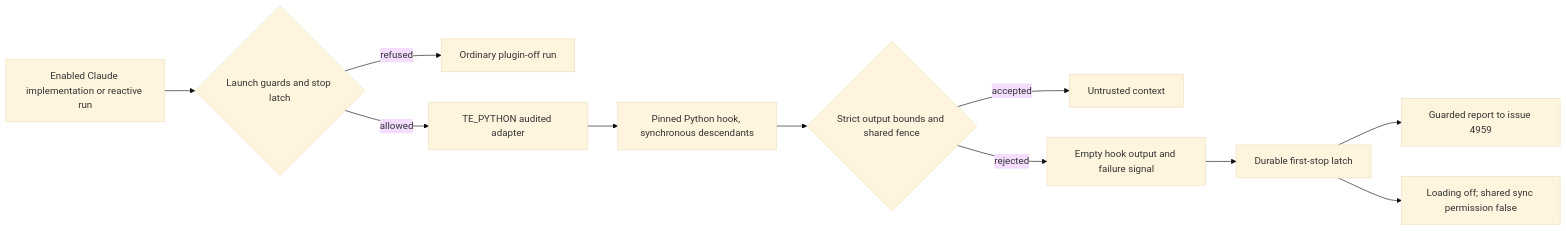
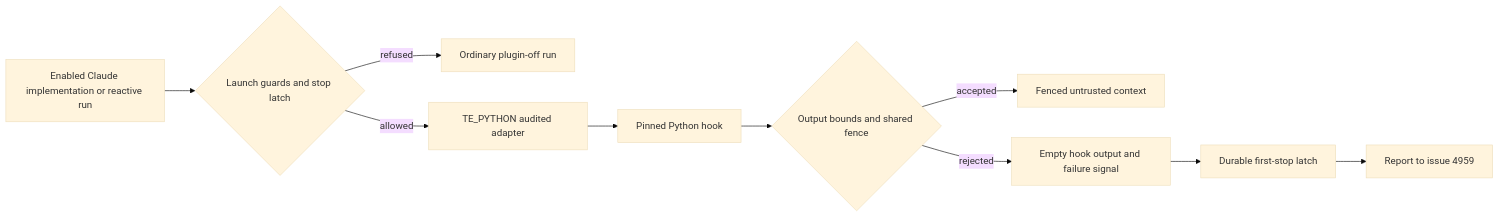
One commit to stSoftwareAU/VibeCoder changed the diagram in docs/archive/pr-summaries/pr-summary-4956.md. Above: the diagram before and after it, drawn with Mermaid (base theme). The commit also changed other lines of this file, not shown here.

````diff
--- a/docs/archive/pr-summaries/pr-summary-4956.md
+++ b/docs/archive/pr-summaries/pr-summary-4956.md
@@ -68,13 +50,12 @@
 ```mermaid
 flowchart LR
     C[Enabled Claude implementation or reactive run] --> G{Launch guards and stop latch}
     G -- refused --> O[Ordinary plugin-off run]
     G -- allowed --> A[TE_PYTHON audited adapter]
-    A --> P[Pinned Python hook, synchronous descendants]
-    P --> V{Strict output bounds and shared fence}
-    V -- accepted --> D[Untrusted context]
+    A --> P[Pinned Python hook]
+    P --> V{Output bounds and shared fence}
+    V -- accepted --> D[Fenced untrusted context]
     V -- rejected --> F[Empty hook output and failure signal]
     F --> L[Durable first-stop latch]
-    L --> R[Guarded report to issue 4959]
-    L --> S[Loading off; shared sync permission false]
+    L --> R[Report to issue 4959]
 ```
````
